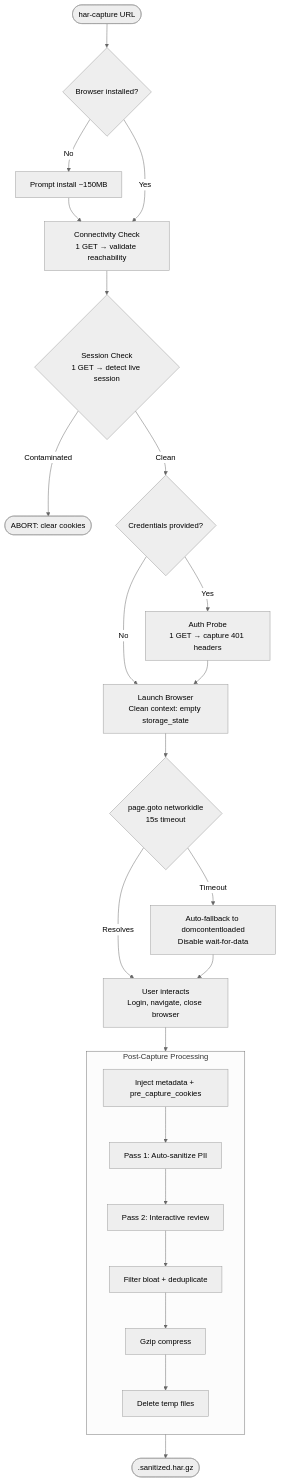
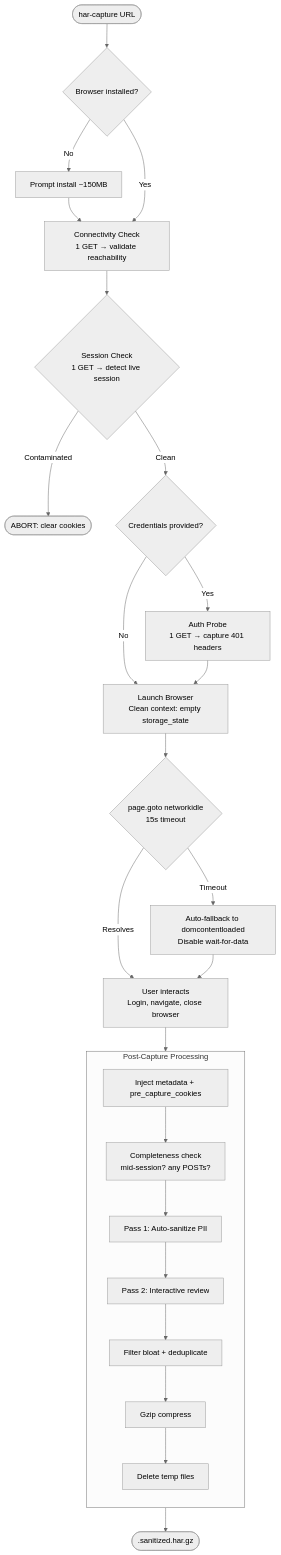
One commit to solentlabs/har-capture changed the second of 4 diagrams in docs/ARCHITECTURE.md. Above: the diagram before and after it, drawn with Mermaid (neutral theme). The commit also changed other lines of this file and 25 other files, not shown here.

````diff
--- a/docs/ARCHITECTURE.md
+++ b/docs/ARCHITECTURE.md
@@ -96,33 +96,34 @@
 ```mermaid
 graph TD
     start([har-capture URL]) --> browser_check{Browser installed?}
     browser_check -->|No| install[Prompt install ~150MB]
     install --> conn
     browser_check -->|Yes| conn
 
     conn[Connectivity Check<br>1 GET → validate reachability]
     conn --> session{Session Check<br>1 GET → detect live session}
     session -->|Contaminated| abort([ABORT: clear cookies])
     session -->|Clean| has_creds{Credentials provided?}
 
     has_creds -->|No| launch[Launch Browser<br>Clean context: empty storage_state]
     has_creds -->|Yes| probe[Auth Probe<br>1 GET → capture 401 headers]
     probe --> launch
 
     launch --> goto{page.goto networkidle<br>15s timeout}
     goto -->|Resolves| user[User interacts<br>Login, navigate, close browser]
     goto -->|Timeout| fallback[Auto-fallback to domcontentloaded<br>Disable wait-for-data]
     fallback --> user
     user --> process
 
     subgraph process[Post-Capture Processing]
         direction TB
-        meta[Inject metadata + pre_capture_cookies] --> sanitize[Pass 1: Auto-sanitize PII]
+        meta[Inject metadata + pre_capture_cookies] --> complete[Completeness check<br>mid-session? any POSTs?]
+        complete --> sanitize[Pass 1: Auto-sanitize PII]
         sanitize --> review[Pass 2: Interactive review]
         review --> filter[Filter bloat + deduplicate]
         filter --> compress[Gzip compress]
         compress --> cleanup[Delete temp files]
     end
 
     process --> done([.sanitized.har.gz])
 ```
````
